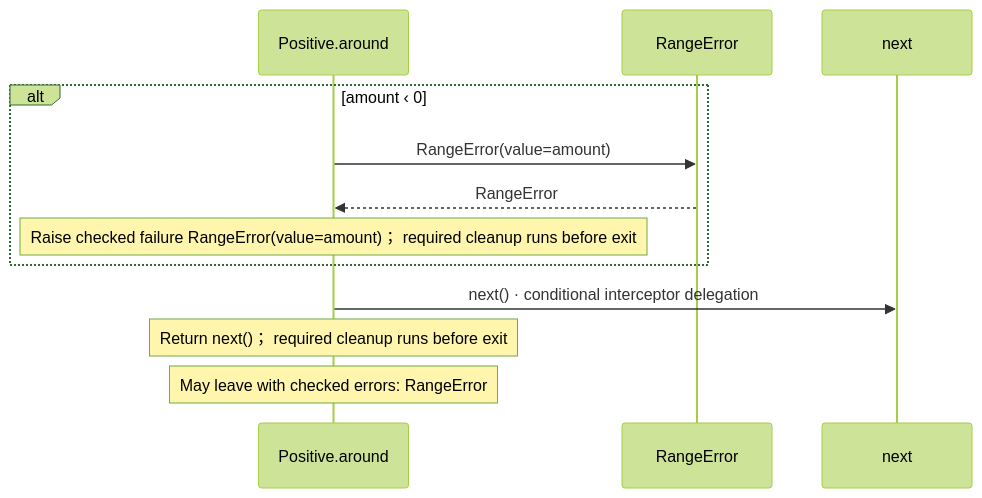
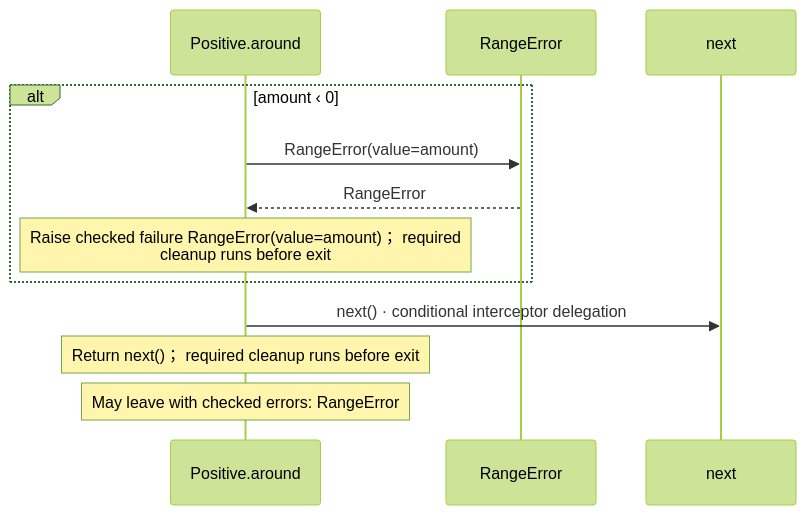
Before and after one commit to GreenPandaStudios/augscript: the third of 3 diagrams in docs/examples/approved-design/domain/numbers-diagrams.md, drawn with Mermaid (forest theme). The commit also changed 200 other files, not shown here.

Commit message:
Group imported operations and wrap readable sequence messages

````diff
--- a/docs/examples/approved-design/domain/numbers-diagrams.md
+++ b/docs/examples/approved-design/domain/numbers-diagrams.md
@@ -61,14 +61,14 @@
 ```mermaid
 sequenceDiagram
     participant p0 as Positive.around
     participant p1 as RangeError
     participant p2 as next
     alt amount ‹ 0
     p0->>p1: RangeError(value=amount)
     p1-->>p0: RangeError
-    Note over p0: Raise checked failure RangeError(value=amount)； required cleanup runs before exit
+    Note over p0: Raise checked failure RangeError(value=amount)； required<br/>cleanup runs before exit
     end
     p0->>p2: next() · conditional interceptor delegation
     Note over p0: Return next()； required cleanup runs before exit
     Note over p0: May leave with checked errors: RangeError
 ```
````
